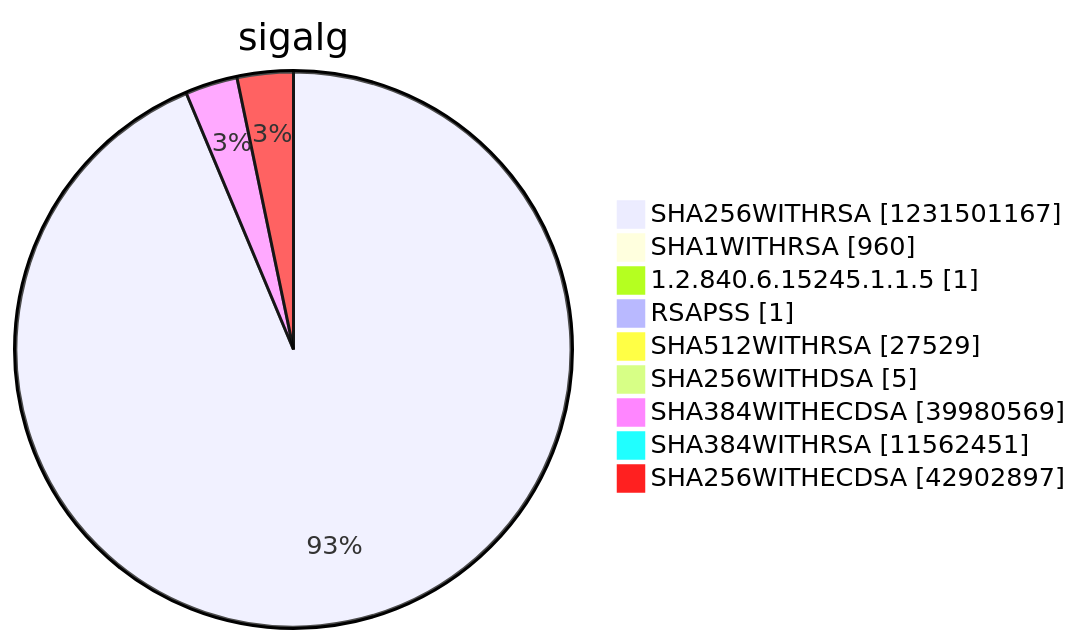
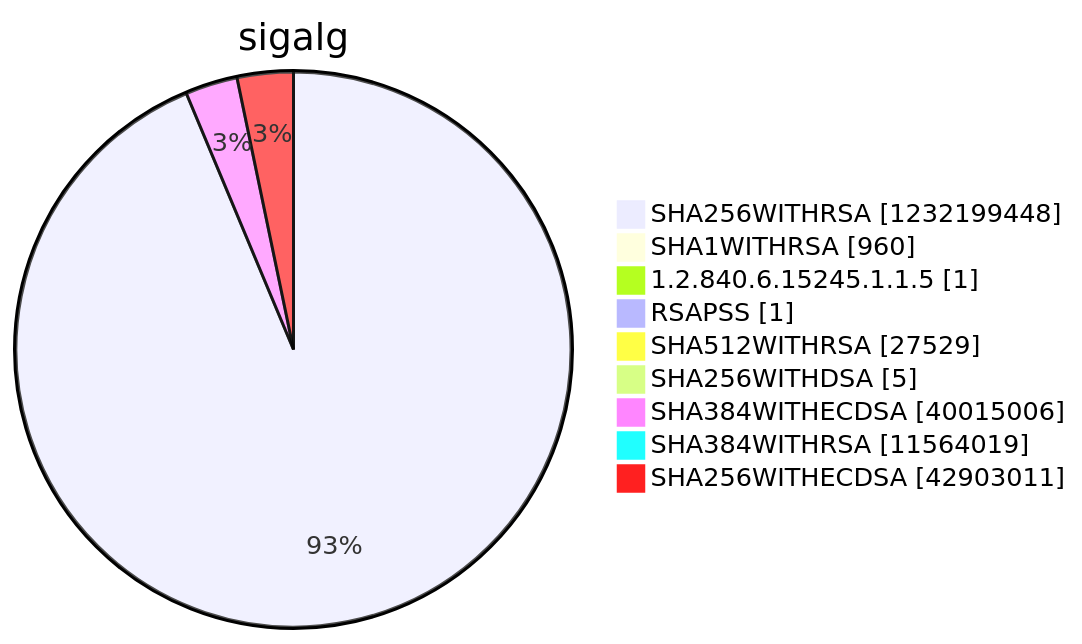
One commit to christiankrug/ctmonitor_visualization changed diagram 15 of 15 in argon2022/README.md. Above: the diagram before and after it, drawn with Mermaid. The commit also changed other lines of this file, not shown here.

````diff
--- a/argon2022/README.md
+++ b/argon2022/README.md
@@ -5522,13 +5522,13 @@
 ```mermaid
 pie showData
 title sigalg
-"SHA256WITHRSA" :1231501167
+"SHA256WITHRSA" :1232199448
 "SHA1WITHRSA" :960
 "1.2.840.6.15245.1.1.5" :1
 "RSAPSS" :1
 "SHA512WITHRSA" :27529
 "SHA256WITHDSA" :5
-"SHA384WITHECDSA" :39980569
-"SHA384WITHRSA" :11562451
-"SHA256WITHECDSA" :42902897
+"SHA384WITHECDSA" :40015006
+"SHA384WITHRSA" :11564019
+"SHA256WITHECDSA" :42903011
 ```
````
